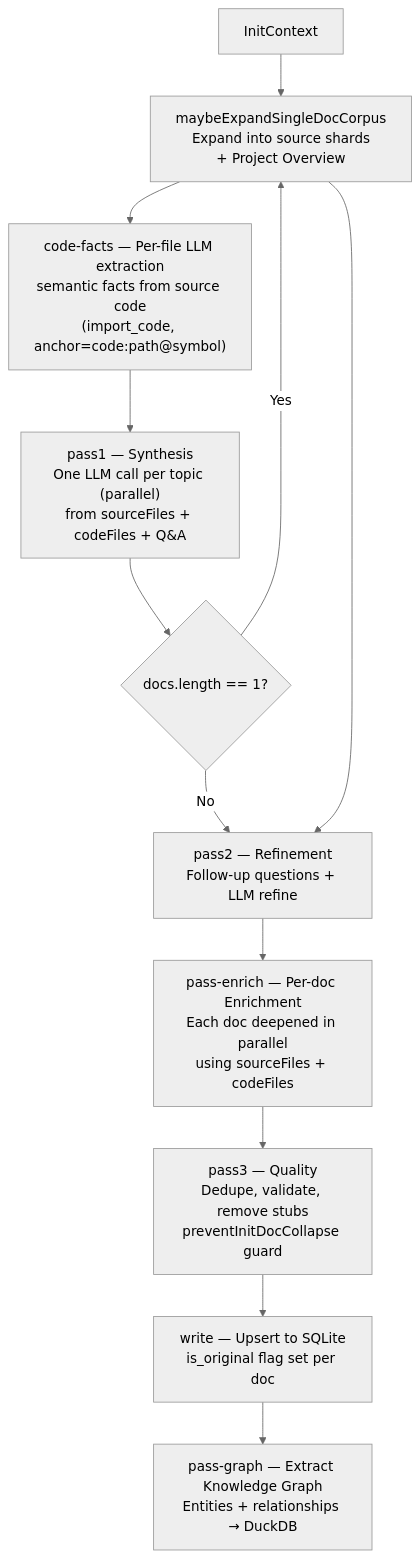
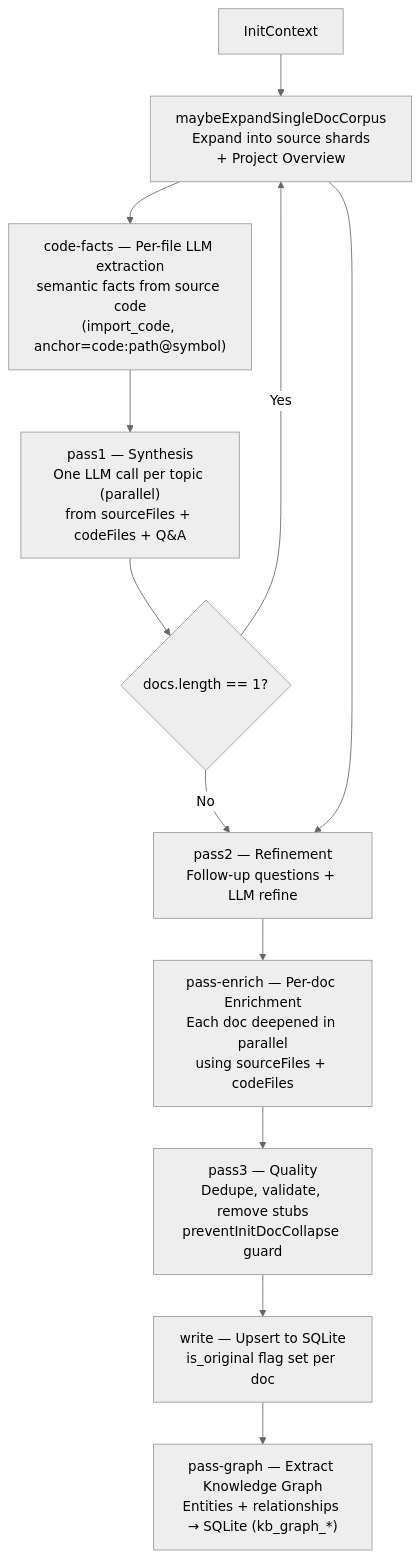
Before and after one commit to rosenjcb/kb: the second of 3 diagrams in src/core/INIT.md, drawn with Mermaid (neutral theme). The commit also changed 39 other files, not shown here.

````diff
--- a/src/core/INIT.md
+++ b/src/core/INIT.md
@@ -28,30 +28,30 @@
 ```mermaid
 flowchart TD
     F[InitContext] --> SF
 
     SF["scan-facts — Deterministic ingest\nsegment markdown sources → facts\n(import_doc, before pass1)"]
     SF --> CF
 
     CF["code-facts — Per-file LLM extraction\nsemantic facts from source code\n(import_code, anchor=code:path@symbol)"]
     CF --> P1
 
     P1["pass1 — Synthesis\nOne LLM call per topic (parallel)\nfrom sourceFiles + codeFiles + Q&A"]
     P1 --> X{docs.length == 1?}
     X -- Yes --> SF["maybeExpandSingleDocCorpus\nExpand into source shards\n+ Project Overview"]
     X -- No --> P2
     SF --> P2
 
     P2["pass2 — Refinement\nFollow-up questions + LLM refine"]
     P2 --> PE
 
     PE["pass-enrich — Per-doc Enrichment\nEach doc deepened in parallel\nusing sourceFiles + codeFiles"]
     PE --> P3
 
     P3["pass3 — Quality\nDedupe, validate, remove stubs\npreventInitDocCollapse guard"]
     P3 --> W
 
     W["write — Upsert to SQLite\nis_original flag set per doc"]
     W --> PG
 
-    PG["pass-graph — Extract Knowledge Graph\nEntities + relationships → DuckDB"]
+    PG["pass-graph — Extract Knowledge Graph\nEntities + relationships → SQLite (kb_graph_*)"]
 ```
````
